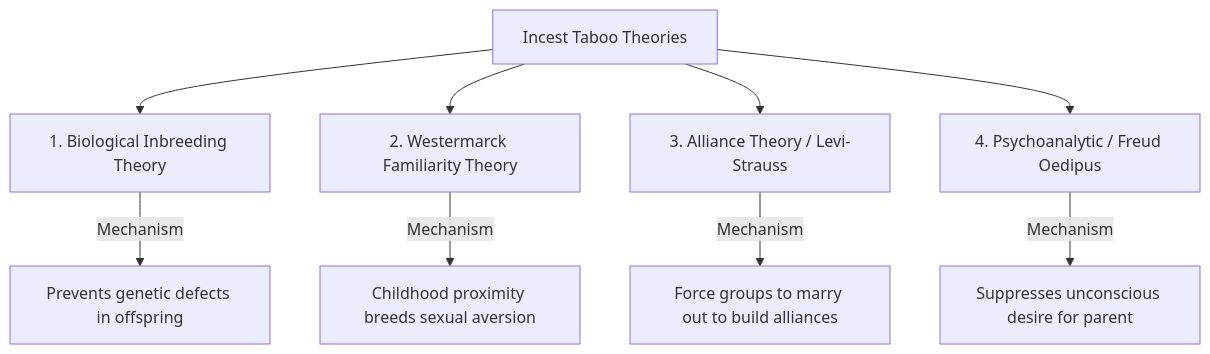
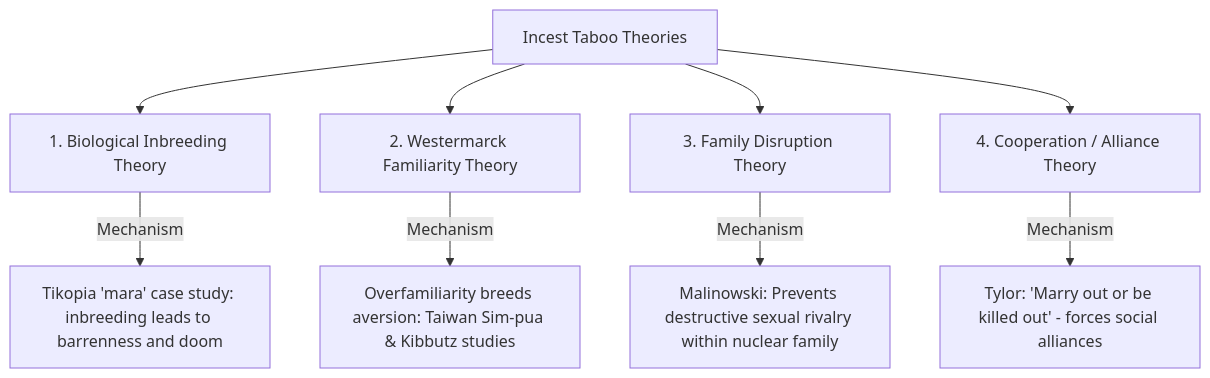
One commit to ashish-upsc/anthro changed the second of 5 diagrams in Paper_1/2_socio_cultural_anthro.md. Above: the diagram before and after it, drawn with Mermaid. The commit also changed other lines of this file and 29 other files, not shown here.

````diff
--- a/Paper_1/2_socio_cultural_anthro.md
+++ b/Paper_1/2_socio_cultural_anthro.md
@@ -104,12 +97,12 @@
 ```mermaid
 graph TD
-    A[Incest Taboo Theories] --> B[1. Biological Inbreeding Theory]
-    A --> C[2. Westermarck Familiarity Theory]
-    A --> E[3. Alliance Theory / Levi-Strauss]
-    A --> D[4. Psychoanalytic / Freud Oedipus]
+    A["Incest Taboo Theories"] --> B["1. Biological Inbreeding Theory"]
+    A --> C["2. Westermarck Familiarity Theory"]
+    A --> D["3. Family Disruption Theory"]
+    A --> E["4. Cooperation / Alliance Theory"]
     
-    B -->|Mechanism| B1[Prevents genetic defects in offspring]
-    C -->|Mechanism| C1[Childhood proximity breeds sexual aversion]
-    E -->|Mechanism| E1[Force groups to marry out to build alliances]
-    D -->|Mechanism| D1[Suppresses unconscious desire for parent]
+    B -->|Mechanism| B1["Tikopia 'mara' case study: inbreeding leads to barrenness and doom"]
+    C -->|Mechanism| C1["Overfamiliarity breeds aversion: Taiwan Sim-pua & Kibbutz studies"]
+    D -->|Mechanism| D1["Malinowski: Prevents destructive sexual rivalry within nuclear family"]
+    E -->|Mechanism| E1["Tylor: 'Marry out or be killed out' - forces social alliances"]
 ```
````
